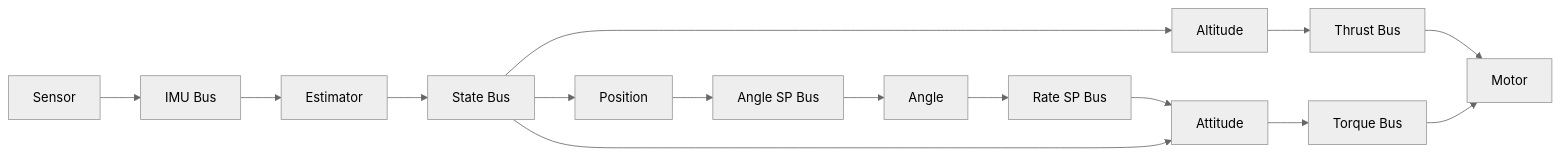
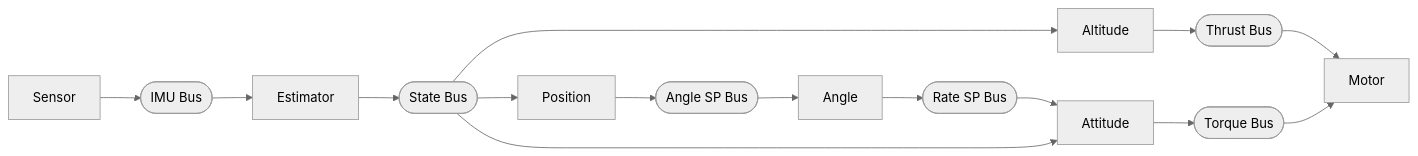
The diagram in examples/pilot/README.md (joagre/rt), drawn with Mermaid (neutral theme) before and after one commit. The commit also changed 1 other file, not shown here.

Commit message:
Use stadium shapes for buses in all Mermaid diagrams
Buses now use ([stadium]) shape to visually distinguish from
actors which use [rectangle] shape. Applied consistently to
Architecture Overview in both SPEC.md and README.md.

````diff
--- a/examples/pilot/README.md
+++ b/examples/pilot/README.md
@@ -54,9 +54,9 @@
 ```mermaid
 graph LR
-    Sensor[Sensor] --> IMUBus[IMU Bus] --> Estimator[Estimator] --> StateBus[State Bus]
+    Sensor[Sensor] --> IMUBus([IMU Bus]) --> Estimator[Estimator] --> StateBus([State Bus])
 
-    StateBus --> Altitude[Altitude] --> ThrustBus[Thrust Bus] --> Motor[Motor]
-    StateBus --> Position[Position] --> AngleSP[Angle SP Bus] --> Angle[Angle]
-    Angle --> RateSP[Rate SP Bus] --> Attitude[Attitude]
-    StateBus --> Attitude --> TorqueBus[Torque Bus] --> Motor
+    StateBus --> Altitude[Altitude] --> ThrustBus([Thrust Bus]) --> Motor[Motor]
+    StateBus --> Position[Position] --> AngleSP([Angle SP Bus]) --> Angle[Angle]
+    Angle --> RateSP([Rate SP Bus]) --> Attitude[Attitude]
+    StateBus --> Attitude --> TorqueBus([Torque Bus]) --> Motor
 ```
````
